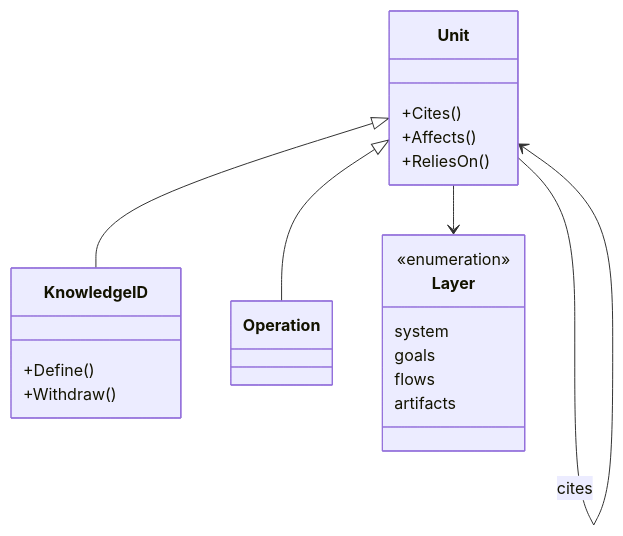
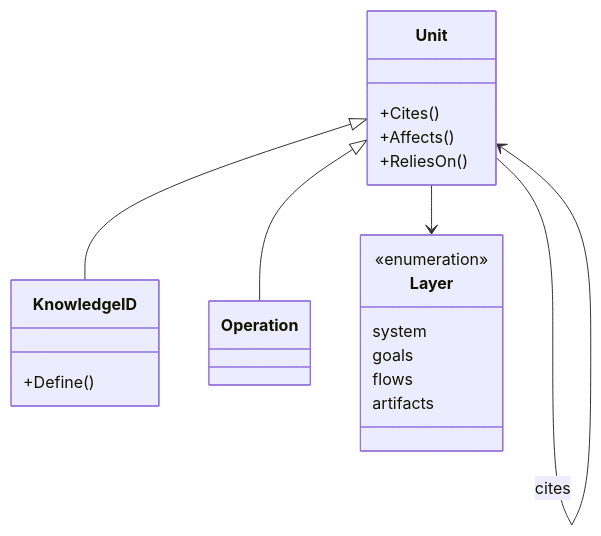
One commit to hieutran21198/Artifact-Driven-Framework changed the diagram in docs/software-knowledges/artifacts/knowledge/specification.md. Above: the diagram before and after it, drawn with Mermaid. The commit also changed other lines of this file and 35 other files, not shown here.

````diff
--- a/docs/software-knowledges/artifacts/knowledge/specification.md
+++ b/docs/software-knowledges/artifacts/knowledge/specification.md
@@ -9,24 +9,23 @@
 ```mermaid
 classDiagram
     class Unit {
         +Cites()
         +Affects()
         +ReliesOn()
     }
     class KnowledgeID {
         +Define()
-        +Withdraw()
     }
     class Operation
     class Layer {
         <<enumeration>>
         system
         goals
         flows
         artifacts
     }
     Unit <|-- KnowledgeID
     Unit <|-- Operation
     Unit --> Layer
     Unit --> Unit : cites
 ```
````
